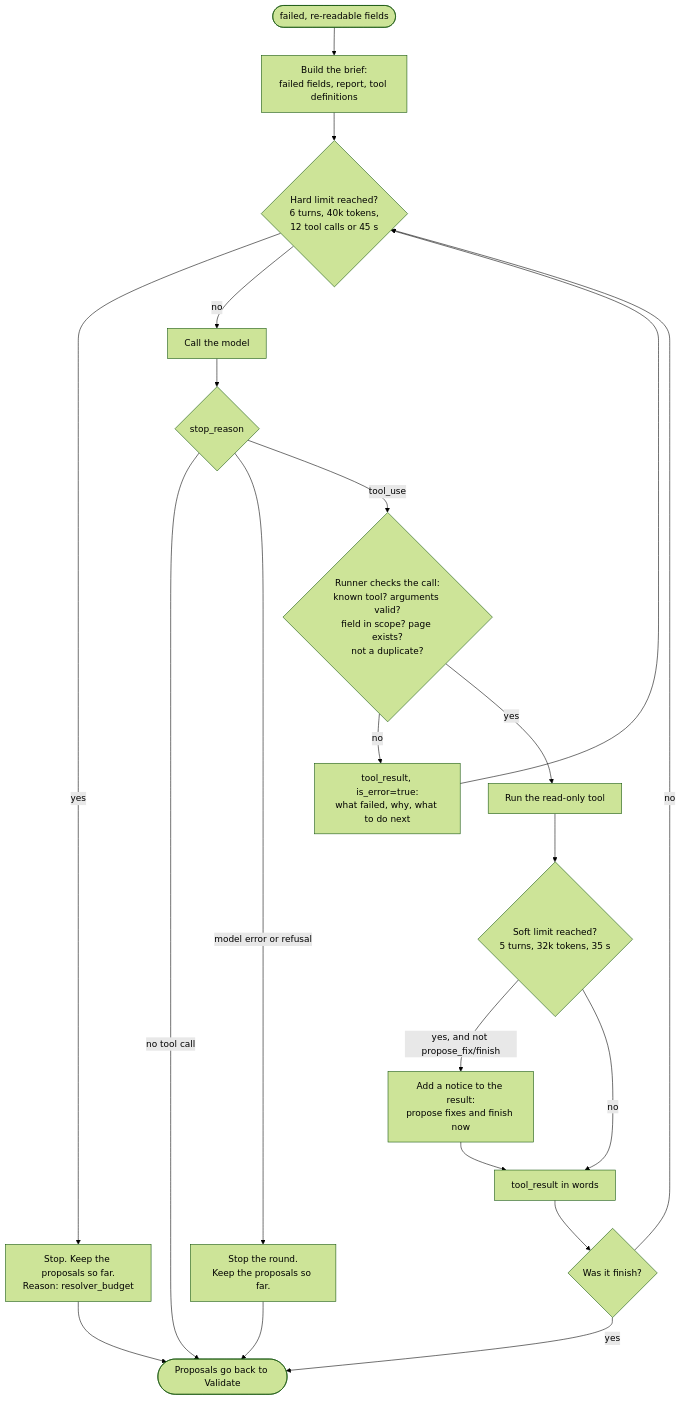
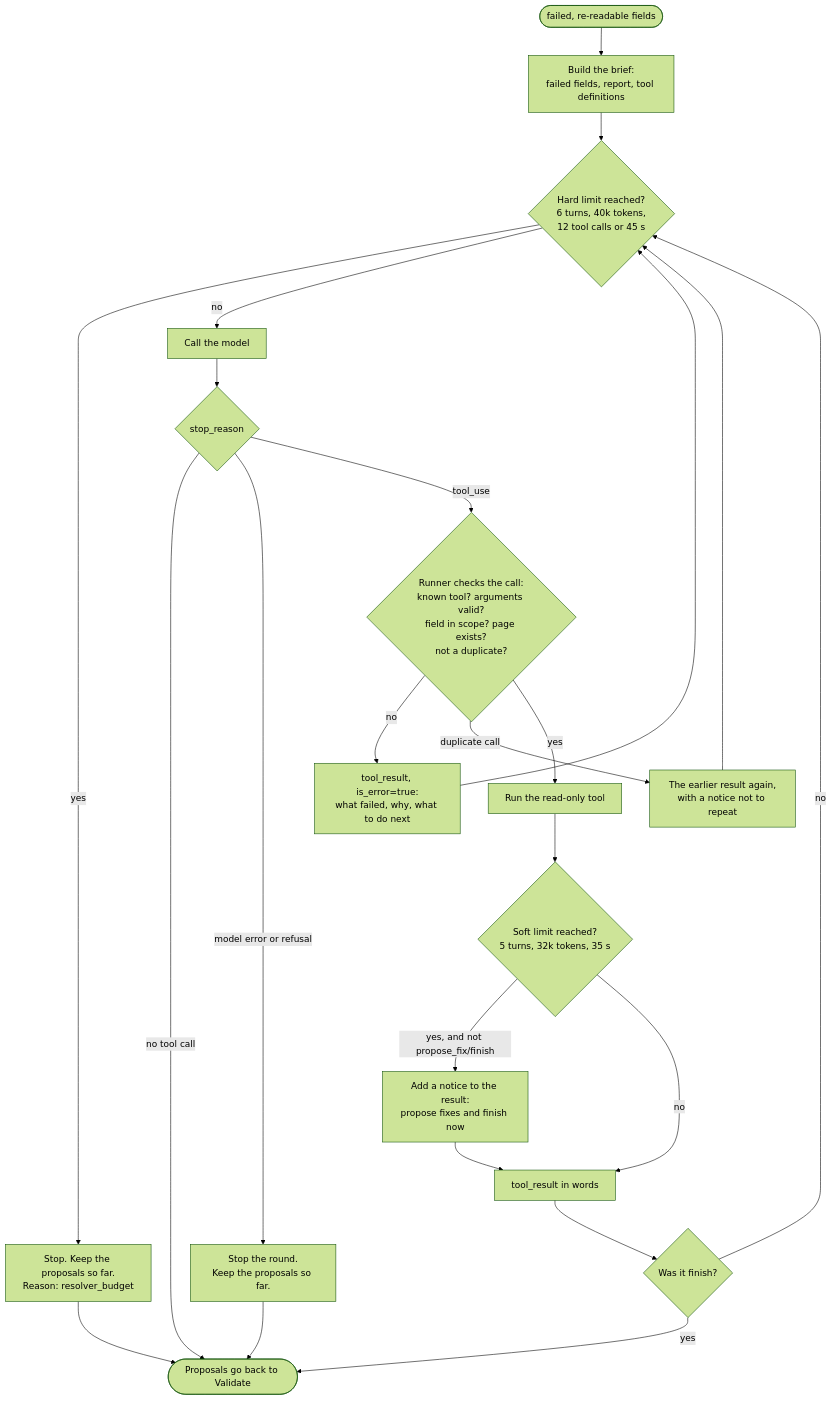
One commit to mutaiib/licence-to-kyb changed the fourth of 7 diagrams in docs/architecture.md. Above: the diagram before and after it, drawn with Mermaid (forest theme). The commit also changed other lines of this file and 14 other files, not shown here.

````diff
--- a/docs/architecture.md
+++ b/docs/architecture.md
@@ -275,23 +276,25 @@
 ```mermaid
 flowchart TD
     IN([failed, re-readable fields]) --> BRIEF[Build the brief:<br/>failed fields, report, tool definitions]
     BRIEF --> HARD{Hard limit reached?<br/>6 turns, 40k tokens,<br/>12 tool calls or 45 s}
     HARD -- yes --> KEEP[Stop. Keep the proposals so far.<br/>Reason: resolver_budget]
     HARD -- no --> CALL[Call the model]
     CALL --> STOP{stop_reason}
     STOP -- "no tool call" --> DONE
     STOP -- "model error or refusal" --> ENDR[Stop the round.<br/>Keep the proposals so far.]
     STOP -- tool_use --> CHECK{Runner checks the call:<br/>known tool? arguments valid?<br/>field in scope? page exists?<br/>not a duplicate?}
     CHECK -- no --> ERR[tool_result, is_error=true:<br/>what failed, why, what to do next]
+    CHECK -- "duplicate call" --> DUP[The earlier result again,<br/>with a notice not to repeat]
+    DUP --> HARD
     CHECK -- yes --> RUN[Run the read-only tool]
     RUN --> SOFT{Soft limit reached?<br/>5 turns, 32k tokens, 35 s}
     SOFT -- "yes, and not propose_fix/finish" --> WRAP[Add a notice to the result:<br/>propose fixes and finish now]
     SOFT -- no --> RES[tool_result in words]
     WRAP --> RES
     ERR --> HARD
     RES --> FIN{Was it finish?}
     FIN -- no --> HARD
     FIN -- yes --> DONE([Proposals go back to Validate])
     KEEP --> DONE
     ENDR --> DONE
 ```
````
